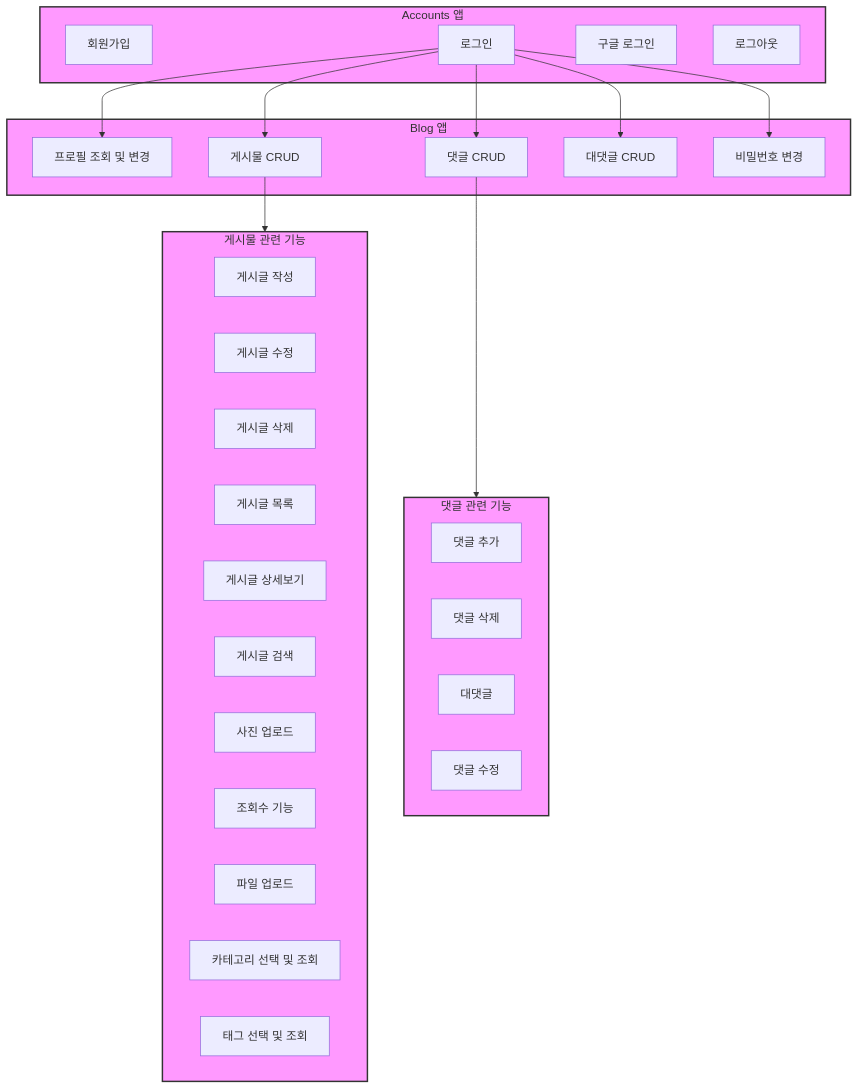
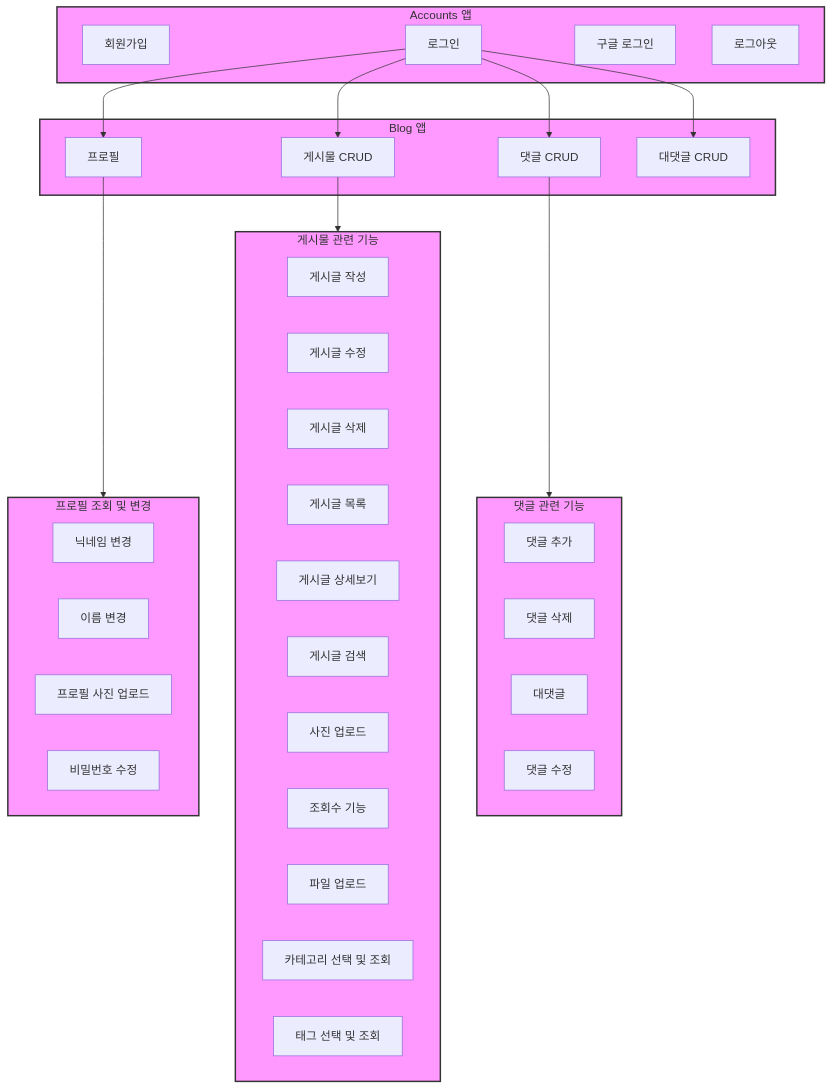
The first of 3 diagrams in README.md (JoohyungDev/movie-review-blog), drawn with Mermaid before and after one commit.

````diff
--- a/README.md
+++ b/README.md
@@ -93,52 +93,59 @@
 ```mermaid
 graph TD;
     subgraph accounts [Accounts 앱]
         signup[회원가입]
         login[로그인]
         google_login[구글 로그인]
         logout[로그아웃]
     end
 
     subgraph blog [Blog 앱]
-        profile[프로필 조회 및 변경]
+        profile[프로필]
         postCRUD[게시물 CRUD]
         commentCRUD[댓글 CRUD]
         replyCRUD[대댓글 CRUD]
-        password_change[비밀번호 변경]
+    end
+
+    subgraph profileFeatures [프로필 조회 및 변경]
+        nicknameSetting[닉네임 변경]
+        nameSetting[이름 변경]
+        profilePhotoUpload[프로필 사진 업로드]
+        passwordEdit[비밀번호 수정]
     end
 
     subgraph postFeatures [게시물 관련 기능]
         createPost[게시글 작성]
         updatePost[게시글 수정]
         deletePost[게시글 삭제]
         postList[게시글 목록]
         postDetail[게시글 상세보기]
         searchPost[게시글 검색]
         uploadPhoto[사진 업로드]
         viewCount[조회수 기능]
         uploadFile[파일 업로드]
         categorySelectAndView[카테고리 선택 및 조회]
         tagSelectAndView[태그 선택 및 조회]
     end
 
     subgraph commentFeatures [댓글 관련 기능]
         addComment[댓글 추가]
         deleteComment[댓글 삭제]
         addReply[대댓글]
         editComment[댓글 수정]
     end
 
     login --> profile;
+    profile --> profileFeatures;
     login --> postCRUD;
     login --> commentCRUD;
     login --> replyCRUD;
-    login --> password_change;
     postCRUD --> postFeatures;
     commentCRUD --> commentFeatures;
 
     classDef app fill:#f9f,stroke:#333,stroke-width:2px;
-    class accounts,blog,postFeatures,commentFeatures app;
+    class accounts,blog,profileFeatures,postFeatures,commentFeatures app;
+
 
 
 
 ```
````
